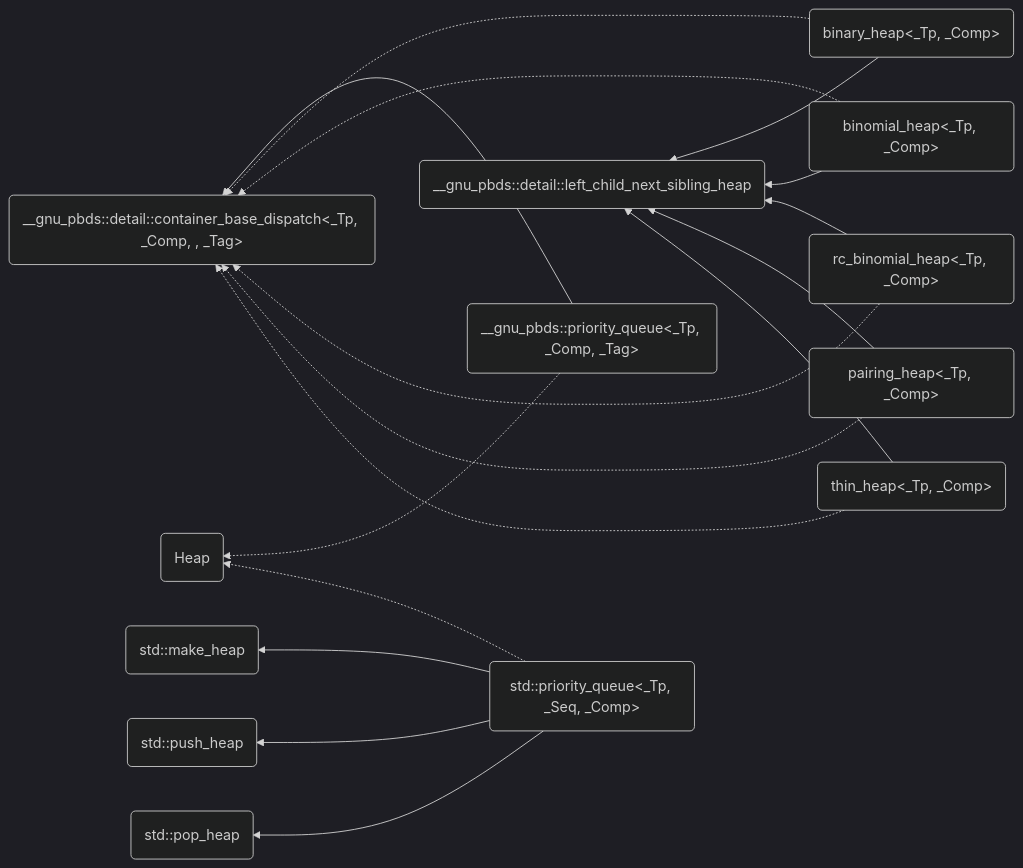
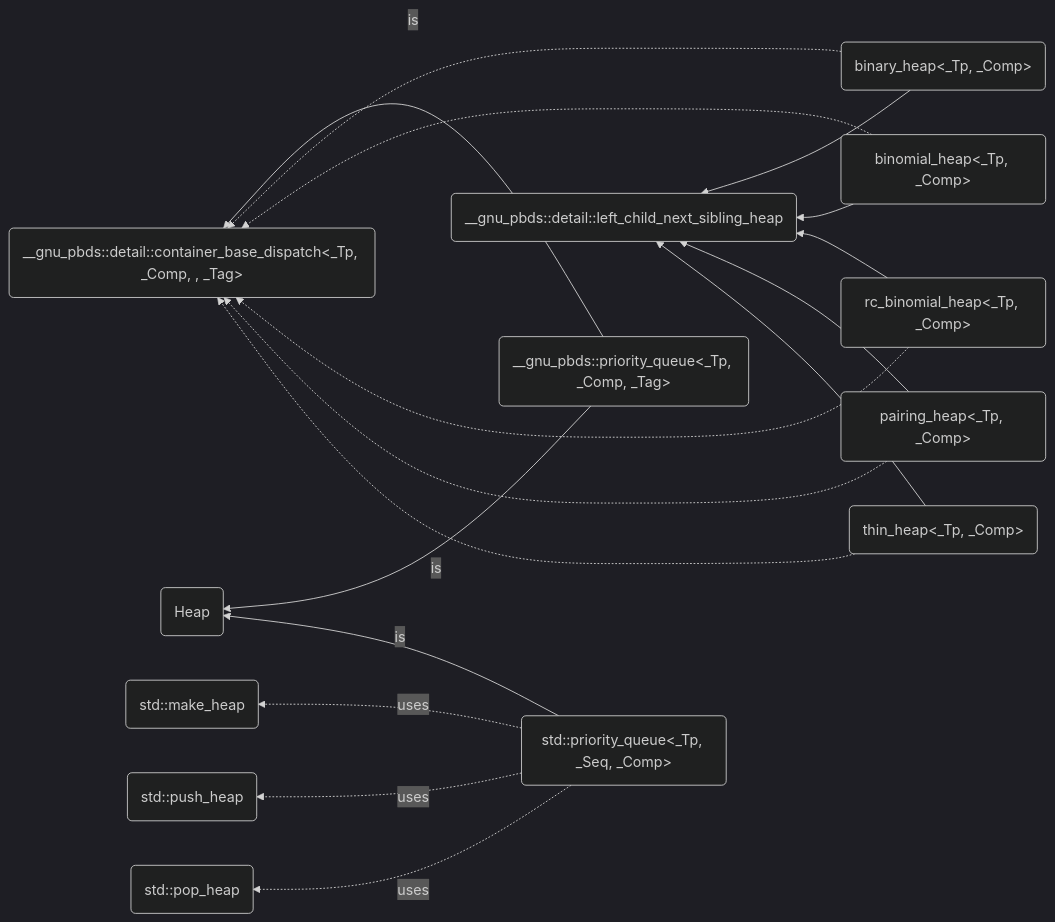
One commit to AsherJingkongChen/ds-assign4 changed the diagram in doc/priority_queue.md. Above: the diagram before and after it, drawn with Mermaid (dark theme).

Commit message:
Asher Chen commited at 2022-12-28_12-48-23

````diff
--- a/doc/priority_queue.md
+++ b/doc/priority_queue.md
@@ -3,43 +3,43 @@
 ```mermaid
 graph RL;
 heap(Heap);
 gpq(__gnu_pbds::priority_queue<_Tp, _Comp, _Tag>);
 spq(std::priority_queue<_Tp, _Seq, _Comp>);
 make(std::make_heap);
 push(std::push_heap);
 pop(std::pop_heap);
 binhp(binary_heap<_Tp, _Comp>);
 bimhp(binomial_heap<_Tp, _Comp>);
 pahp(pairing_heap<_Tp, _Comp>);
 rbimhp(rc_binomial_heap<_Tp, _Comp>);
 thinhp(thin_heap<_Tp, _Comp>);
 gcbase(__gnu_pbds::detail::container_base_dispatch<_Tp, _Comp, , _Tag>);
 lcnsh(__gnu_pbds::detail::left_child_next_sibling_heap);
 
-gpq .-> heap;
-spq .-> heap;
+gpq -->|is| heap;
+spq -->|is| heap;
 
-spq --> make;
-spq --> push;
-spq --> pop;
+spq .->|uses| make;
+spq .->|uses| push;
+spq .->|uses| pop;
 
-gpq --> gcbase;
+gpq -->|is| gcbase;
 binhp ..-> gcbase;
 binhp --> lcnsh;
 bimhp ..-> gcbase;
 bimhp --> lcnsh;
 rbimhp ..-> gcbase;
 rbimhp --> lcnsh;
 pahp ..-> gcbase;
 pahp --> lcnsh;
 thinhp ..-> gcbase;
 thinhp --> lcnsh;
 
 click spq "https://gcc.gnu.org/onlinedocs/gcc-12.2.0/libstdc++/api/a08762.html";
 click make "https://gcc.gnu.org/onlinedocs/gcc-12.2.0/libstdc++/api/a01614.html#ga2a685c934e85086e5ac372026e8064f6";
 click push "https://gcc.gnu.org/onlinedocs/gcc-12.2.0/libstdc++/api/a01614.html#ga0a57ba46981d46e0f3ebd4703d0ad18b";
 click pop "https://gcc.gnu.org/onlinedocs/gcc-12.2.0/libstdc++/api/a01614.html#gab628ce505c9574f8929a0fa49ed514b3";
 click gpq "https://gcc.gnu.org/onlinedocs/gcc-12.2.0/libstdc++/api/a12902.html";
 click gcbase "https://gcc.gnu.org/onlinedocs/gcc-12.2.0/libstdc++/api/a13070.html";
 
 ```
````
